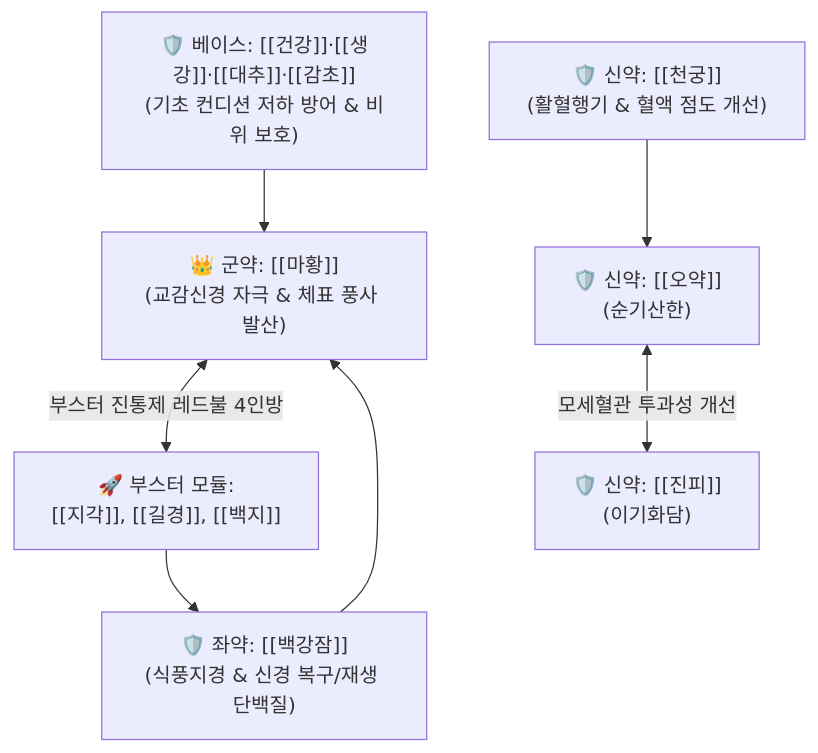
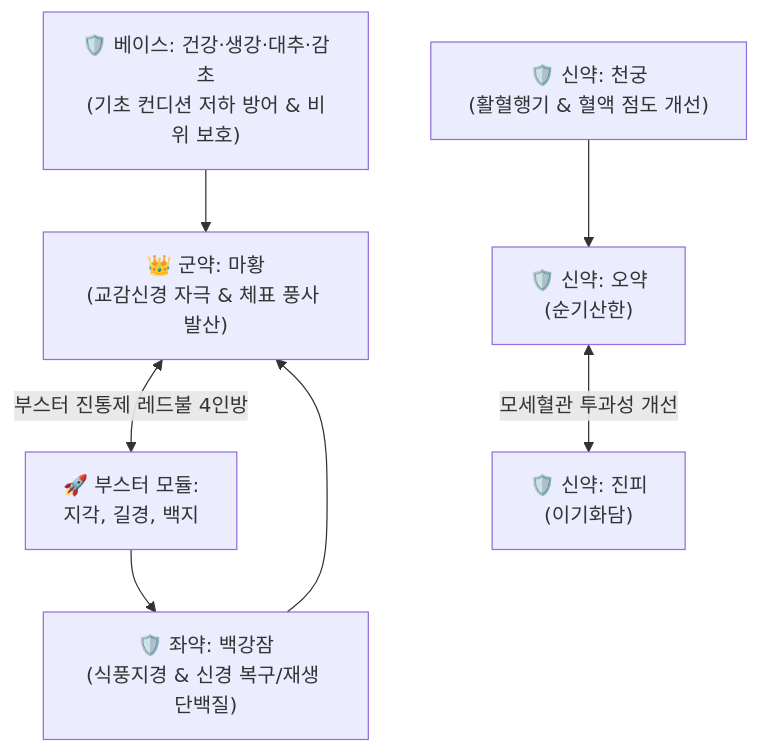
The diagram in content/2. 약리 공부/처방/04_이기·화해제/오약순기산.md (simbio11/simbio-digital-garden2), drawn with Mermaid before and after one commit. The commit also changed other lines of this file and 122 other files, not shown here.

````diff
--- a/content/2. 약리 공부/처방/04_이기·화해제/오약순기산.md
+++ b/content/2. 약리 공부/처방/04_이기·화해제/오약순기산.md
@@ -70,9 +72,9 @@
 ```mermaid
 graph TD
-    MH["👑 군약: [[마황]]<br>(교감신경 자극 & 체표 풍사 발산)"] <-->|부스터 진통제 레드불 4인방| RB["🚀 부스터 모듈:<br>[[지각]], [[길경]], [[백지]]"]
-    OY["🛡️ 신약: [[오약]]<br>(순기산한)"] <-->|모세혈관 투과성 개선| JP["🛡️ 신약: [[진피]]<br>(이기화담)"]
-    CG["🛡️ 신약: [[천궁]]<br>(활혈행기 & 혈액 점도 개선)"] --> OY
-    GZ["🛡️ 좌약: [[백강잠]]<br>(식풍지경 & 신경 복구/재생 단백질)"] --> MH
-    SDK["🛡️ 베이스: [[건강]]·[[생강]]·[[대추]]·[[감초]]<br>(기초 컨디션 저하 방어 & 비위 보호)"] --> MH
+    MH["👑 군약: 마황<br>(교감신경 자극 & 체표 풍사 발산)"] <-->|부스터 진통제 레드불 4인방| RB["🚀 부스터 모듈:<br>지각, 길경, 백지"]
+    OY["🛡️ 신약: 오약<br>(순기산한)"] <-->|모세혈관 투과성 개선| JP["🛡️ 신약: 진피<br>(이기화담)"]
+    CG["🛡️ 신약: 천궁<br>(활혈행기 & 혈액 점도 개선)"] --> OY
+    GZ["🛡️ 좌약: 백강잠<br>(식풍지경 & 신경 복구/재생 단백질)"] --> MH
+    SDK["🛡️ 베이스: 건강·생강·대추·감초<br>(기초 컨디션 저하 방어 & 비위 보호)"] --> MH
     RB --> GZ
 ```
````
